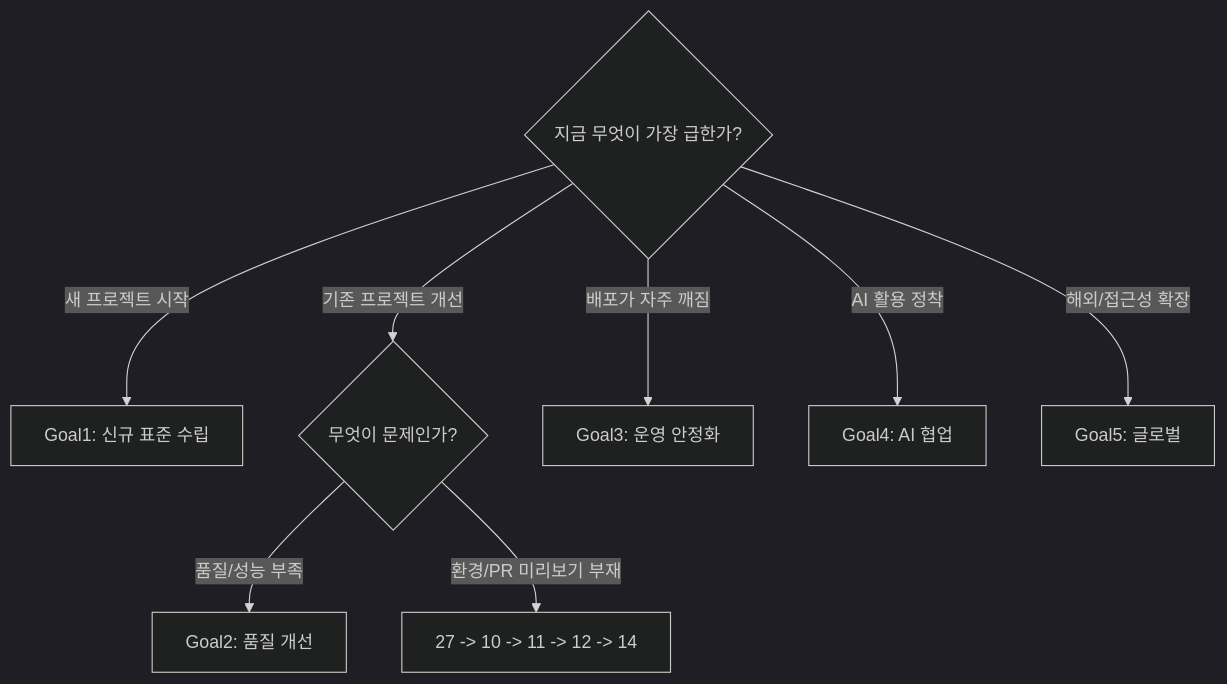
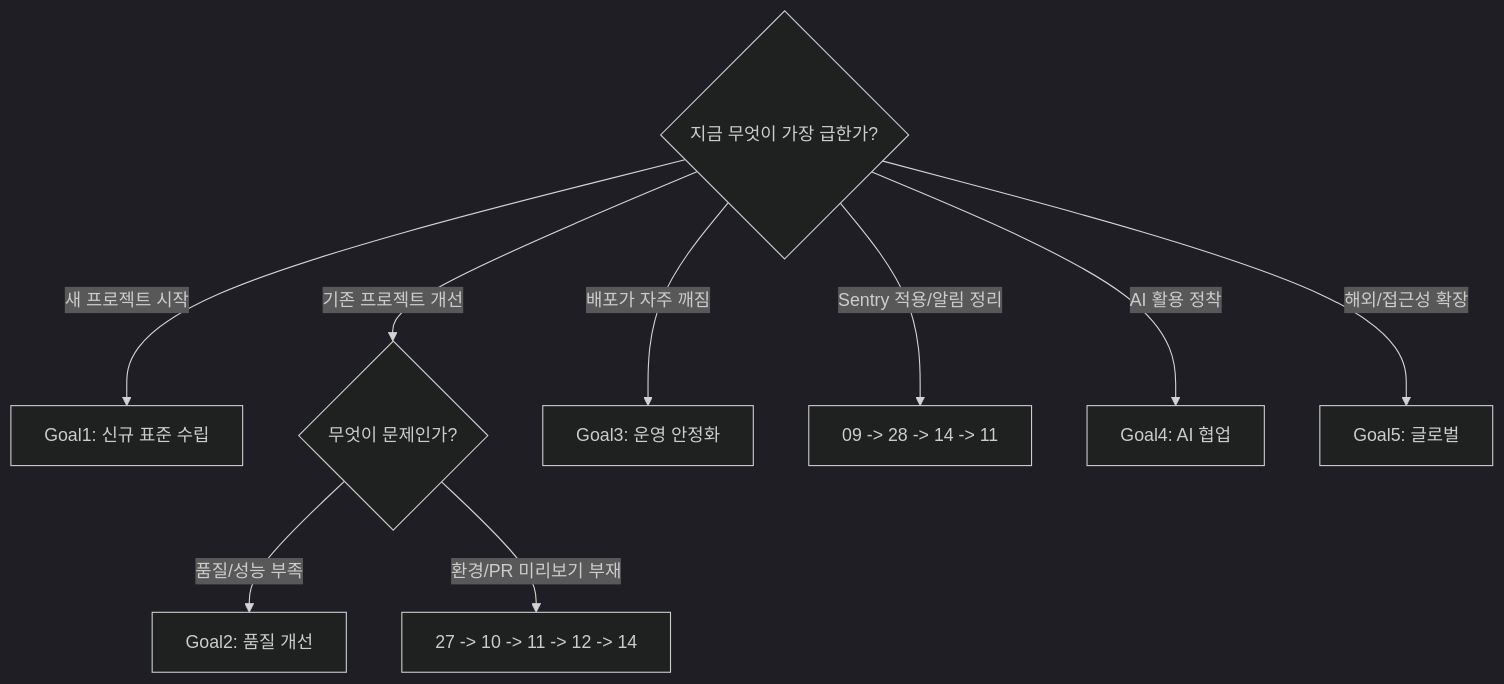
Before and after one commit to blue45f/heejun: the eighth of 9 diagrams in public/개발가이드/00_종합_가이드_목차.md, drawn with Mermaid (dark theme). The commit also changed other lines of this file and 6 other files, not shown here.

````diff
--- a/public/개발가이드/00_종합_가이드_목차.md
+++ b/public/개발가이드/00_종합_가이드_목차.md
@@ -522,11 +532,12 @@
 ```mermaid
 flowchart TD
   Q1{"지금 무엇이 가장 급한가?"}
   Q1 -->|"새 프로젝트 시작"| P1["Goal1: 신규 표준 수립"]
   Q1 -->|"기존 프로젝트 개선"| Q2{"무엇이 문제인가?"}
   Q1 -->|"배포가 자주 깨짐"| P3["Goal3: 운영 안정화"]
+  Q1 -->|"Sentry 적용/알림 정리"| P7["09 -> 28 -> 14 -> 11"]
   Q1 -->|"AI 활용 정착"| P4["Goal4: AI 협업"]
   Q1 -->|"해외/접근성 확장"| P5["Goal5: 글로벌"]
   Q2 -->|"품질/성능 부족"| P2["Goal2: 품질 개선"]
   Q2 -->|"환경/PR 미리보기 부재"| P6["27 -> 10 -> 11 -> 12 -> 14"]
 ```
````
